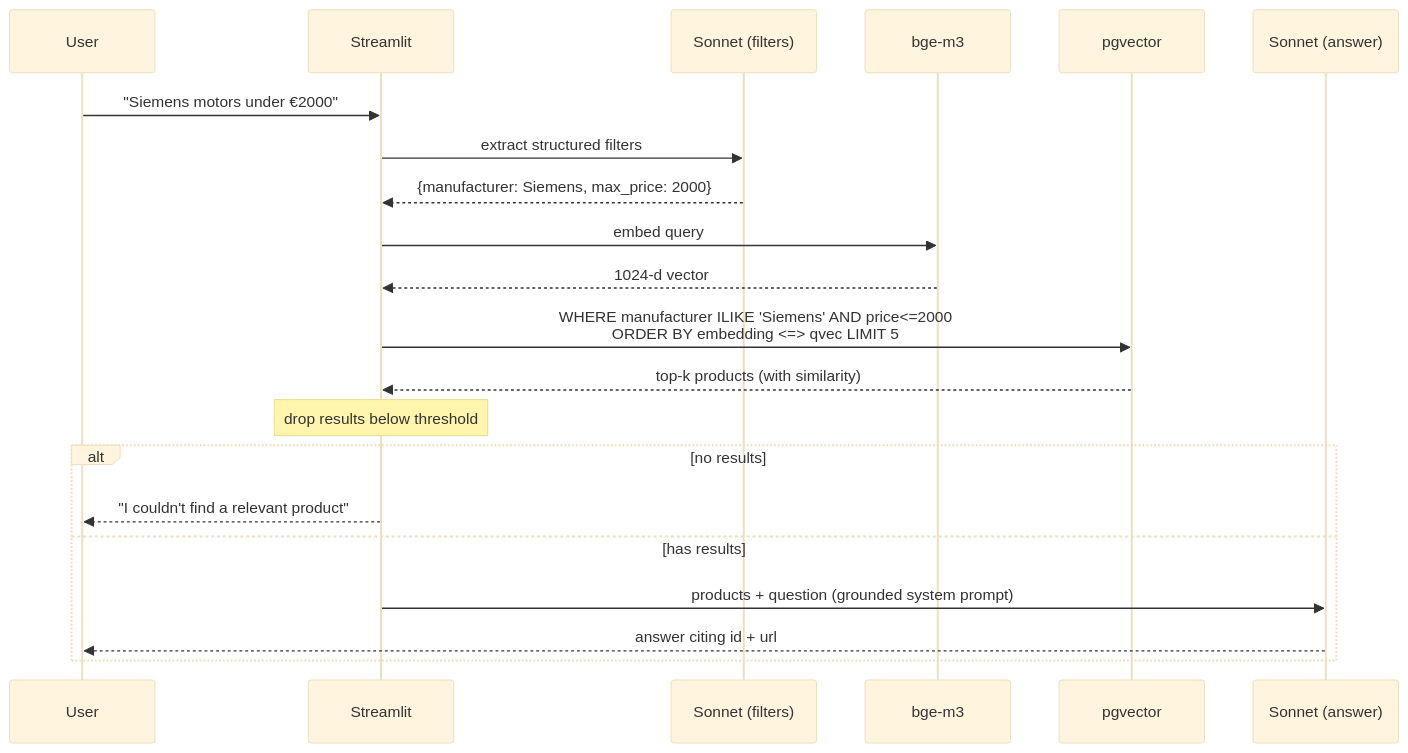
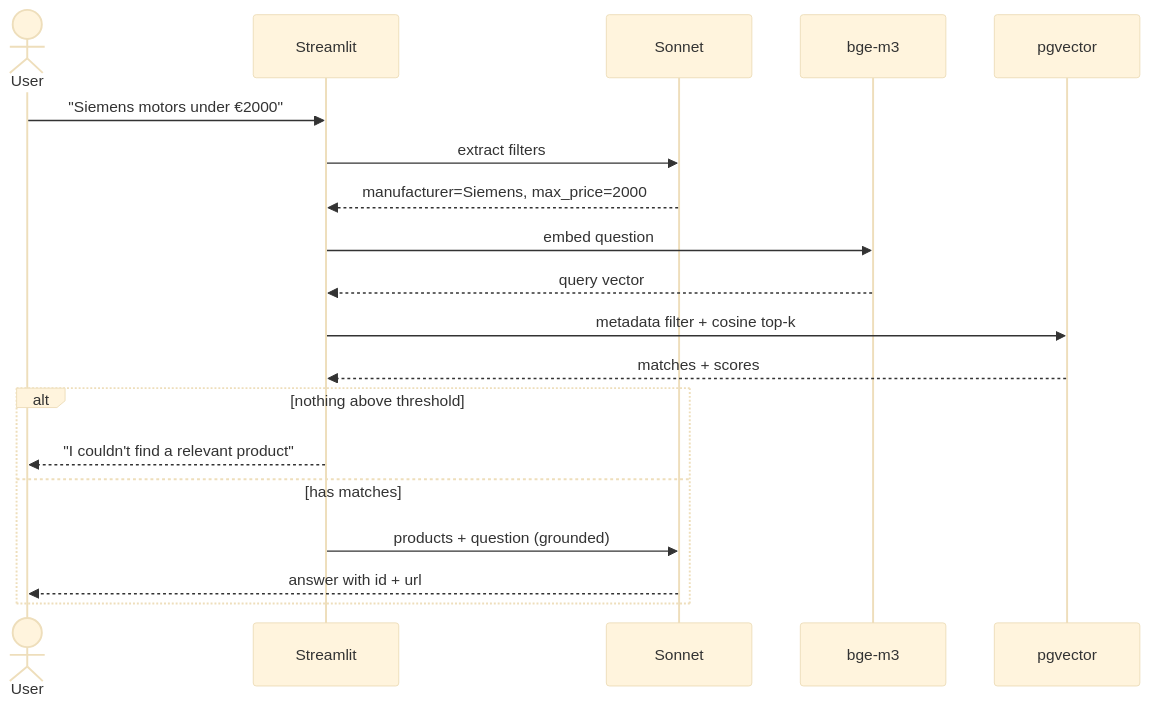
Before and after one commit to utkucatal/industrial-rag: the second of 2 diagrams in README.md, drawn with Mermaid (base theme).

````diff
--- a/README.md
+++ b/README.md
@@ -68,24 +68,22 @@
 ```mermaid
 sequenceDiagram
-    participant U as User
+    actor U as User
     participant App as Streamlit
-    participant S as Sonnet (filters)
-    participant E as bge-m3
+    participant LLM as Sonnet
+    participant Emb as bge-m3
     participant DB as pgvector
-    participant G as Sonnet (answer)
 
     U->>App: "Siemens motors under €2000"
-    App->>S: extract structured filters
-    S-->>App: {manufacturer: Siemens, max_price: 2000}
-    App->>E: embed query
-    E-->>App: 1024-d vector
-    App->>DB: WHERE manufacturer ILIKE 'Siemens' AND price<=2000<br/>ORDER BY embedding <=> qvec LIMIT 5
-    DB-->>App: top-k products (with similarity)
-    Note over App: drop results below threshold
-    alt no results
+    App->>LLM: extract filters
+    LLM-->>App: manufacturer=Siemens, max_price=2000
+    App->>Emb: embed question
+    Emb-->>App: query vector
+    App->>DB: metadata filter + cosine top-k
+    DB-->>App: matches + scores
+    alt nothing above threshold
         App-->>U: "I couldn't find a relevant product"
-    else has results
-        App->>G: products + question (grounded system prompt)
-        G-->>U: answer citing id + url
+    else has matches
+        App->>LLM: products + question (grounded)
+        LLM-->>U: answer with id + url
     end
 ```
````
